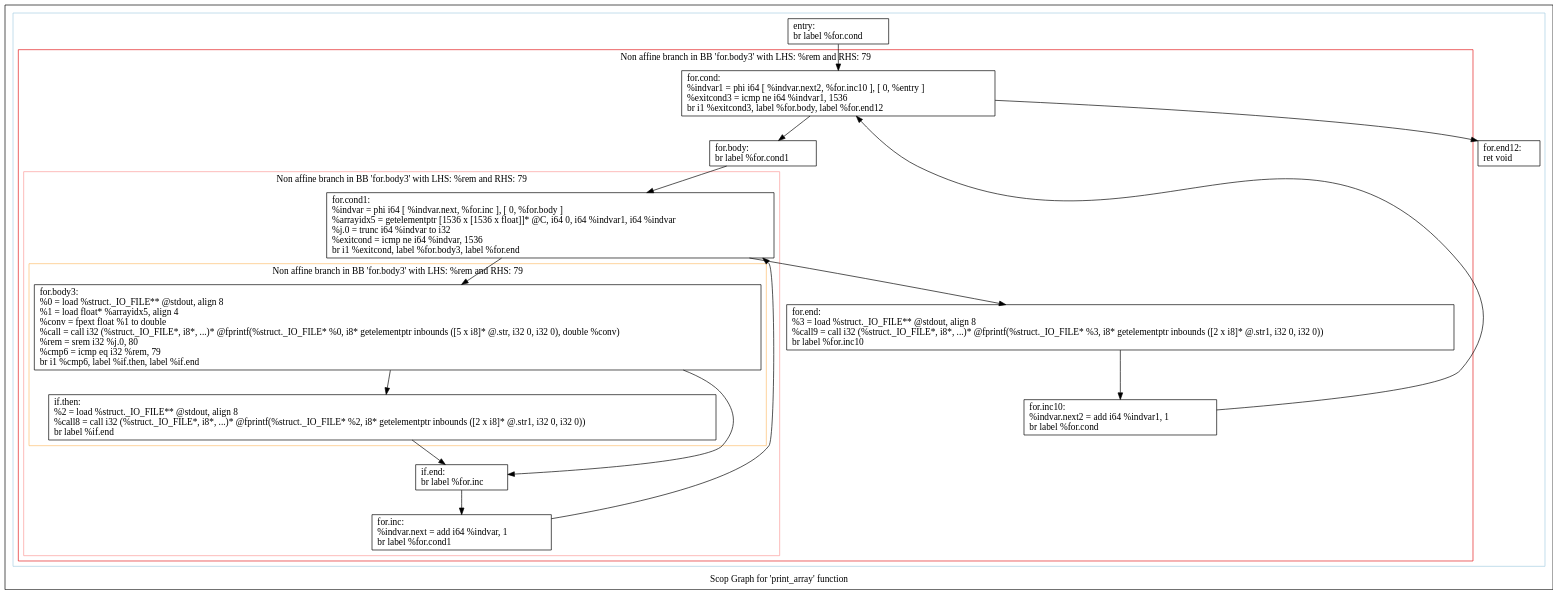
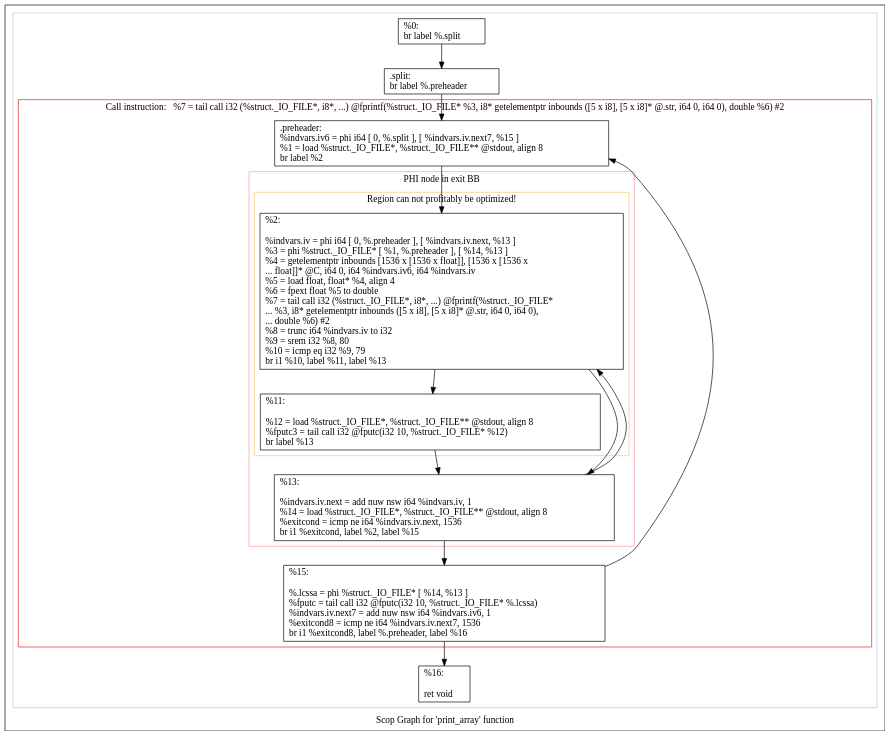
One commit to rogerioag/openmp-hook changed the diagram in matmul-polly/scops.print_array.dot. Above: the diagram before and after it, drawn with Graphviz. The commit also changed 29 other files, not shown here.

```diff
--- a/matmul-polly/scops.print_array.dot
+++ b/matmul-polly/scops.print_array.dot
@@ -1,60 +1,51 @@
 digraph "Scop Graph for 'print_array' function" {
 	label="Scop Graph for 'print_array' function";
 
-	Node0x17d2200 [shape=record,label="{entry:\l  br label %for.cond\l}"];
-	Node0x17d2200 -> Node0x17d4f20;
-	Node0x17d4f20 [shape=record,label="{for.cond:                                         \l  %indvar1 = phi i64 [ %indvar.next2, %for.inc10 ], [ 0, %entry ]\l  %exitcond3 = icmp ne i64 %indvar1, 1536\l  br i1 %exitcond3, label %for.body, label %for.end12\l}"];
-	Node0x17d4f20 -> Node0x17d3680;
-	Node0x17d4f20 -> Node0x17d9fc0;
-	Node0x17d3680 [shape=record,label="{for.body:                                         \l  br label %for.cond1\l}"];
-	Node0x17d3680 -> Node0x17da220;
-	Node0x17da220 [shape=record,label="{for.cond1:                                        \l  %indvar = phi i64 [ %indvar.next, %for.inc ], [ 0, %for.body ]\l  %arrayidx5 = getelementptr [1536 x [1536 x float]]* @C, i64 0, i64 %indvar1, i64 %indvar\l  %j.0 = trunc i64 %indvar to i32\l  %exitcond = icmp ne i64 %indvar, 1536\l  br i1 %exitcond, label %for.body3, label %for.end\l}"];
-	Node0x17da220 -> Node0x17d9ea0;
-	Node0x17da220 -> Node0x17da0f0;
-	Node0x17d9ea0 [shape=record,label="{for.body3:                                        \l  %0 = load %struct._IO_FILE** @stdout, align 8\l  %1 = load float* %arrayidx5, align 4\l  %conv = fpext float %1 to double\l  %call = call i32 (%struct._IO_FILE*, i8*, ...)* @fprintf(%struct._IO_FILE* %0, i8* getelementptr inbounds ([5 x i8]* @.str, i32 0, i32 0), double %conv)\l  %rem = srem i32 %j.0, 80\l  %cmp6 = icmp eq i32 %rem, 79\l  br i1 %cmp6, label %if.then, label %if.end\l}"];
-	Node0x17d9ea0 -> Node0x17d9ec0;
-	Node0x17d9ea0 -> Node0x17da060;
-	Node0x17d9ec0 [shape=record,label="{if.then:                                          \l  %2 = load %struct._IO_FILE** @stdout, align 8\l  %call8 = call i32 (%struct._IO_FILE*, i8*, ...)* @fprintf(%struct._IO_FILE* %2, i8* getelementptr inbounds ([2 x i8]* @.str1, i32 0, i32 0))\l  br label %if.end\l}"];
-	Node0x17d9ec0 -> Node0x17da060;
-	Node0x17da060 [shape=record,label="{if.end:                                           \l  br label %for.inc\l}"];
-	Node0x17da060 -> Node0x17da200;
-	Node0x17da200 [shape=record,label="{for.inc:                                          \l  %indvar.next = add i64 %indvar, 1\l  br label %for.cond1\l}"];
-	Node0x17da200 -> Node0x17da220[constraint=false];
-	Node0x17da0f0 [shape=record,label="{for.end:                                          \l  %3 = load %struct._IO_FILE** @stdout, align 8\l  %call9 = call i32 (%struct._IO_FILE*, i8*, ...)* @fprintf(%struct._IO_FILE* %3, i8* getelementptr inbounds ([2 x i8]* @.str1, i32 0, i32 0))\l  br label %for.inc10\l}"];
-	Node0x17da0f0 -> Node0x17da080;
-	Node0x17da080 [shape=record,label="{for.inc10:                                        \l  %indvar.next2 = add i64 %indvar1, 1\l  br label %for.cond\l}"];
-	Node0x17da080 -> Node0x17d4f20[constraint=false];
-	Node0x17d9fc0 [shape=record,label="{for.end12:                                        \l  ret void\l}"];
+	Node0x83f4c0 [shape=record,label="{%0:\l  br label %.split\l}"];
+	Node0x83f4c0 -> Node0x83f440;
+	Node0x83f440 [shape=record,label="{.split:                                           \l  br label %.preheader\l}"];
+	Node0x83f440 -> Node0x83f2a0;
+	Node0x83f2a0 [shape=record,label="{.preheader:                                       \l  %indvars.iv6 = phi i64 [ 0, %.split ], [ %indvars.iv.next7, %15 ]\l  %1 = load %struct._IO_FILE*, %struct._IO_FILE** @stdout, align 8\l  br label %2\l}"];
+	Node0x83f2a0 -> Node0x83f160;
+	Node0x83f160 [shape=record,label="{%2:\l\l  %indvars.iv = phi i64 [ 0, %.preheader ], [ %indvars.iv.next, %13 ]\l  %3 = phi %struct._IO_FILE* [ %1, %.preheader ], [ %14, %13 ]\l  %4 = getelementptr inbounds [1536 x [1536 x float]], [1536 x [1536 x\l... float]]* @C, i64 0, i64 %indvars.iv6, i64 %indvars.iv\l  %5 = load float, float* %4, align 4\l  %6 = fpext float %5 to double\l  %7 = tail call i32 (%struct._IO_FILE*, i8*, ...) @fprintf(%struct._IO_FILE*\l... %3, i8* getelementptr inbounds ([5 x i8], [5 x i8]* @.str, i64 0, i64 0),\l... double %6) #2\l  %8 = trunc i64 %indvars.iv to i32\l  %9 = srem i32 %8, 80\l  %10 = icmp eq i32 %9, 79\l  br i1 %10, label %11, label %13\l}"];
+	Node0x83f160 -> Node0x83f180;
+	Node0x83f160 -> Node0x83f2e0;
+	Node0x83f180 [shape=record,label="{%11:\l\l  %12 = load %struct._IO_FILE*, %struct._IO_FILE** @stdout, align 8\l  %fputc3 = tail call i32 @fputc(i32 10, %struct._IO_FILE* %12)\l  br label %13\l}"];
+	Node0x83f180 -> Node0x83f2e0;
+	Node0x83f2e0 [shape=record,label="{%13:\l\l  %indvars.iv.next = add nuw nsw i64 %indvars.iv, 1\l  %14 = load %struct._IO_FILE*, %struct._IO_FILE** @stdout, align 8\l  %exitcond = icmp ne i64 %indvars.iv.next, 1536\l  br i1 %exitcond, label %2, label %15\l}"];
+	Node0x83f2e0 -> Node0x83f160[constraint=false];
+	Node0x83f2e0 -> Node0x83f300;
+	Node0x83f300 [shape=record,label="{%15:\l\l  %.lcssa = phi %struct._IO_FILE* [ %14, %13 ]\l  %fputc = tail call i32 @fputc(i32 10, %struct._IO_FILE* %.lcssa)\l  %indvars.iv.next7 = add nuw nsw i64 %indvars.iv6, 1\l  %exitcond8 = icmp ne i64 %indvars.iv.next7, 1536\l  br i1 %exitcond8, label %.preheader, label %16\l}"];
+	Node0x83f300 -> Node0x83f2a0[constraint=false];
+	Node0x83f300 -> Node0x83f5a0;
+	Node0x83f5a0 [shape=record,label="{%16:\l\l  ret void\l}"];
 	colorscheme = "paired12"
-        subgraph cluster_0x17d38f0 {
+        subgraph cluster_0x833e70 {
           label = "";
           style = solid;
           color = 1
-          subgraph cluster_0x17d4030 {
-            label = "Non affine branch in BB 'for.body3' with LHS: %rem and RHS: 79";
+          subgraph cluster_0x83f4e0 {
+            label = "Call instruction:   %7 = tail call i32 (%struct._IO_FILE*, i8*, ...) @fprintf(%struct._IO_FILE* %3, i8* getelementptr inbounds ([5 x i8], [5 x i8]* @.str, i64 0, i64 0), double %6) #2";
             style = solid;
             color = 6
-            subgraph cluster_0x17d3fb0 {
-              label = "Non affine branch in BB 'for.body3' with LHS: %rem and RHS: 79";
+            subgraph cluster_0x830b10 {
+              label = "PHI node in exit BB";
               style = solid;
               color = 5
-              subgraph cluster_0x17d3f30 {
-                label = "Non affine branch in BB 'for.body3' with LHS: %rem and RHS: 79";
+              subgraph cluster_0x833ef0 {
+                label = "Region can not profitably be optimized!";
                 style = solid;
                 color = 7
-                Node0x17d9ea0;
-                Node0x17d9ec0;
+                Node0x83f160;
+                Node0x83f180;
               }
-              Node0x17da220;
-              Node0x17da060;
-              Node0x17da200;
+              Node0x83f2e0;
             }
-            Node0x17d4f20;
-            Node0x17d3680;
-            Node0x17da0f0;
-            Node0x17da080;
+            Node0x83f2a0;
+            Node0x83f300;
           }
-          Node0x17d2200;
-          Node0x17d9fc0;
+          Node0x83f4c0;
+          Node0x83f440;
+          Node0x83f5a0;
         }
 }
```
